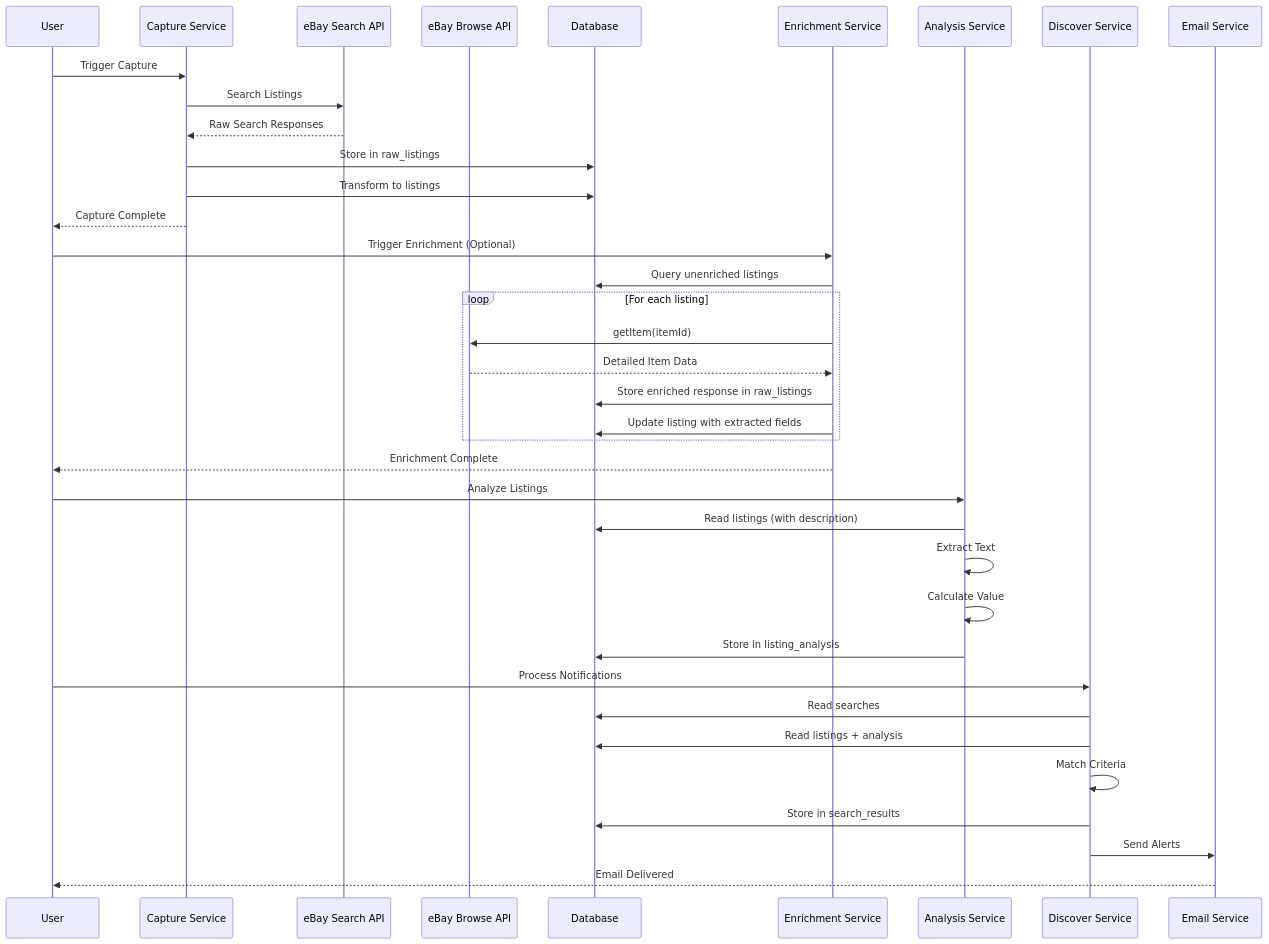
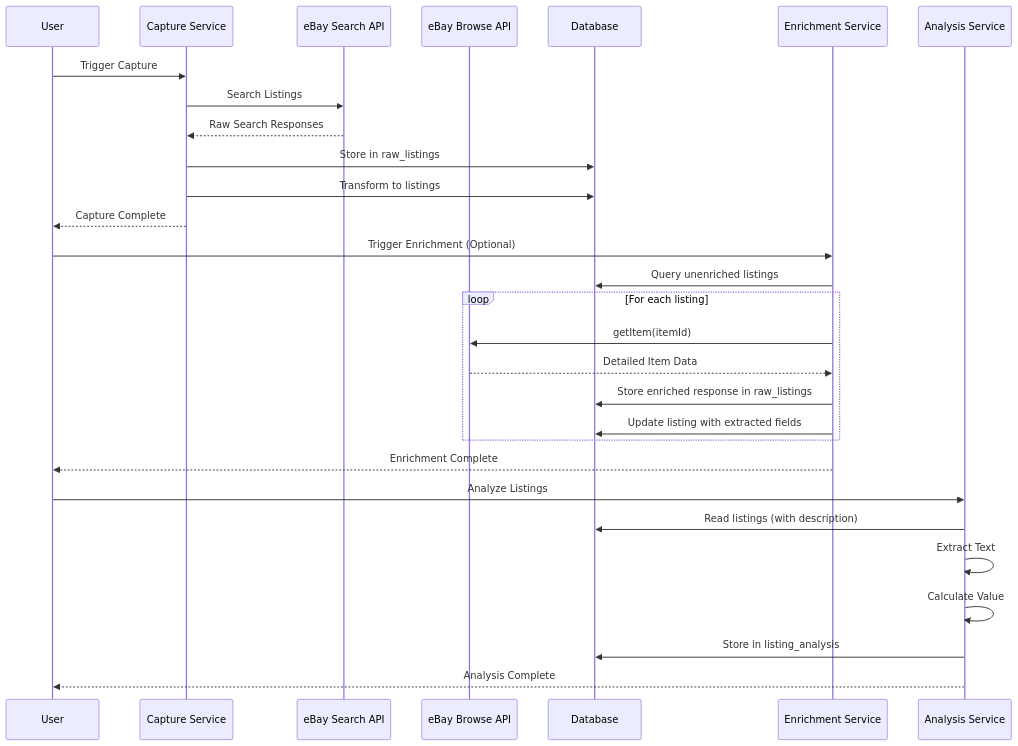
Before and after one commit to jeshuamaxey/brick-index: the second of 4 diagrams in docs/pipeline.md, drawn with Mermaid. The commit also changed other lines of this file, not shown here.

````diff
--- a/docs/pipeline.md
+++ b/docs/pipeline.md
@@ -173,43 +153,34 @@
 ```mermaid
 sequenceDiagram
     participant User
     participant Capture as Capture Service
     participant SearchAPI as eBay Search API
     participant BrowseAPI as eBay Browse API
     participant DB as Database
     participant Enrich as Enrichment Service
     participant Analyze as Analysis Service
-    participant Discover as Discover Service
-    participant Email as Email Service
     
     User->>Capture: Trigger Capture
     Capture->>SearchAPI: Search Listings
     SearchAPI-->>Capture: Raw Search Responses
     Capture->>DB: Store in raw_listings
     Capture->>DB: Transform to listings
     Capture-->>User: Capture Complete
     
     User->>Enrich: Trigger Enrichment (Optional)
     Enrich->>DB: Query unenriched listings
     loop For each listing
         Enrich->>BrowseAPI: getItem(itemId)
         BrowseAPI-->>Enrich: Detailed Item Data
         Enrich->>DB: Store enriched response in raw_listings
         Enrich->>DB: Update listing with extracted fields
     end
     Enrich-->>User: Enrichment Complete
     
     User->>Analyze: Analyze Listings
     Analyze->>DB: Read listings (with description)
     Analyze->>Analyze: Extract Text
     Analyze->>Analyze: Calculate Value
     Analyze->>DB: Store in listing_analysis
-    
-    User->>Discover: Process Notifications
-    Discover->>DB: Read searches
-    Discover->>DB: Read listings + analysis
-    Discover->>Discover: Match Criteria
-    Discover->>DB: Store in search_results
-    Discover->>Email: Send Alerts
-    Email-->>User: Email Delivered
+    Analyze-->>User: Analysis Complete
 ```
````
